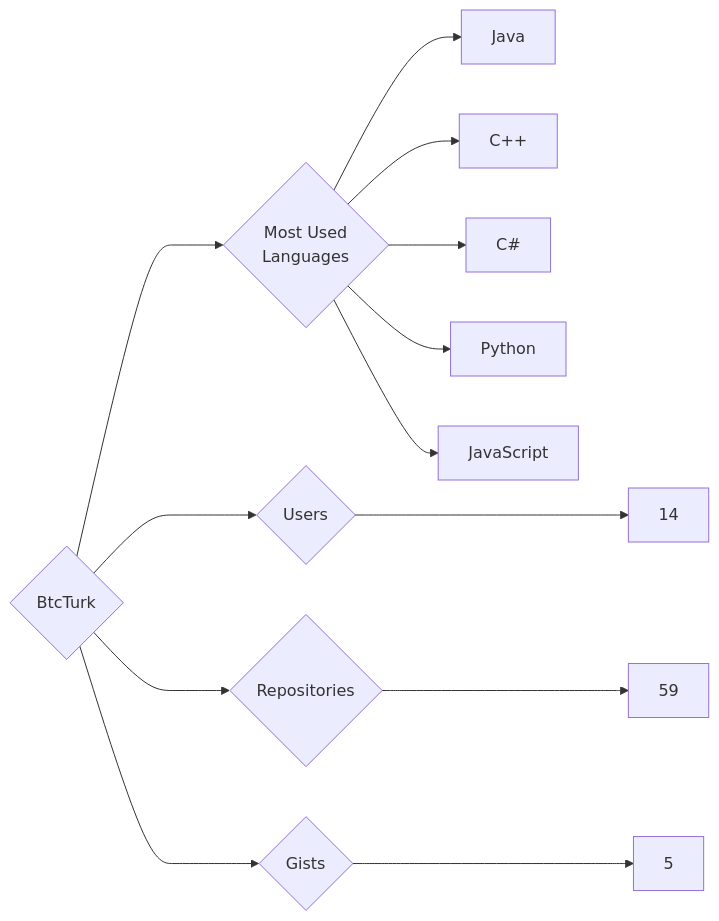
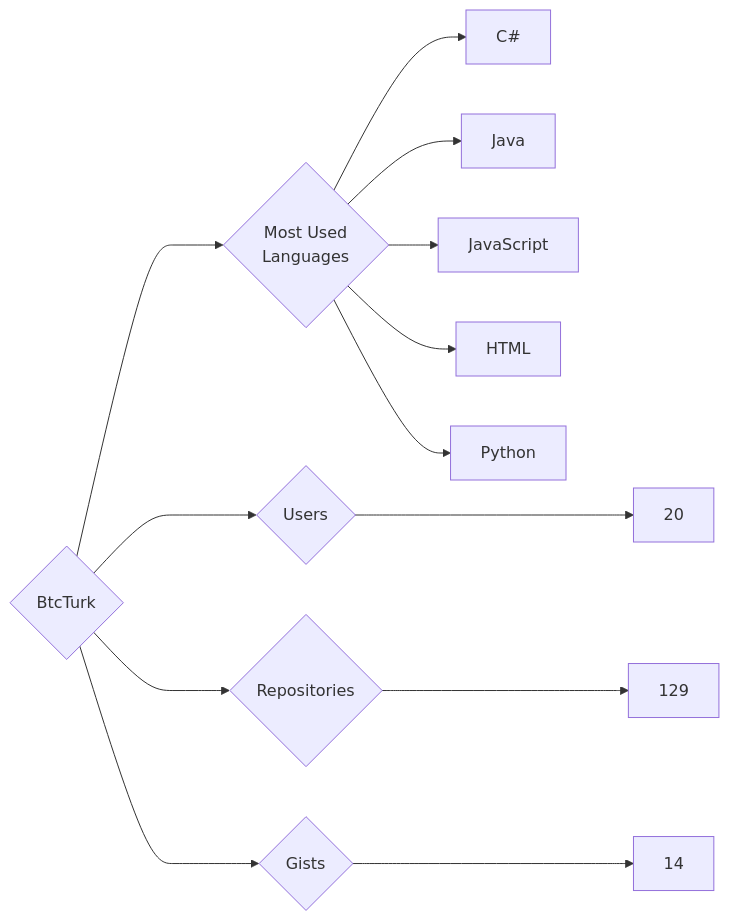
One commit to trickest/insiders changed the diagram in targets/BtcTurk/README.md. Above: the diagram before and after it, drawn with Mermaid. The commit also changed 984 other files, not shown here.

````diff
--- a/targets/BtcTurk/README.md
+++ b/targets/BtcTurk/README.md
@@ -3,13 +3,13 @@
 ```mermaid
 graph LR
 COMPANY_NAME{BtcTurk}
-COMPANY_NAME ---> U{Users} ---> UN[14]
-COMPANY_NAME ---> R{Repositories} ---> RN[59]
-COMPANY_NAME ---> G{Gists} ---> GN[5]
+COMPANY_NAME ---> U{Users} ---> UN[20]
+COMPANY_NAME ---> R{Repositories} ---> RN[129]
+COMPANY_NAME ---> G{Gists} ---> GN[14]
 COMPANY_NAME ---> ML{Most Used<br>Languages}
+ML --> C#[C#]
 ML --> Java[Java]
-ML --> C++[C++]
-ML --> C#[C#]
+ML --> JavaScript[JavaScript]
+ML --> HTML[HTML]
 ML --> Python[Python]
-ML --> JavaScript[JavaScript]
 ```
````
